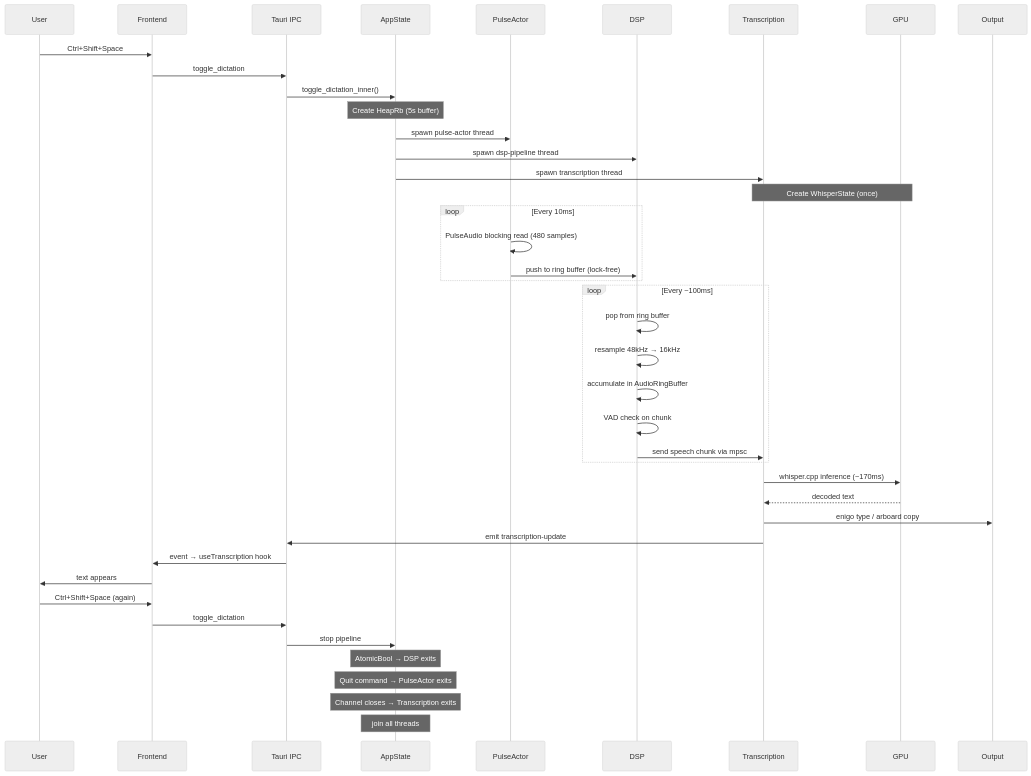
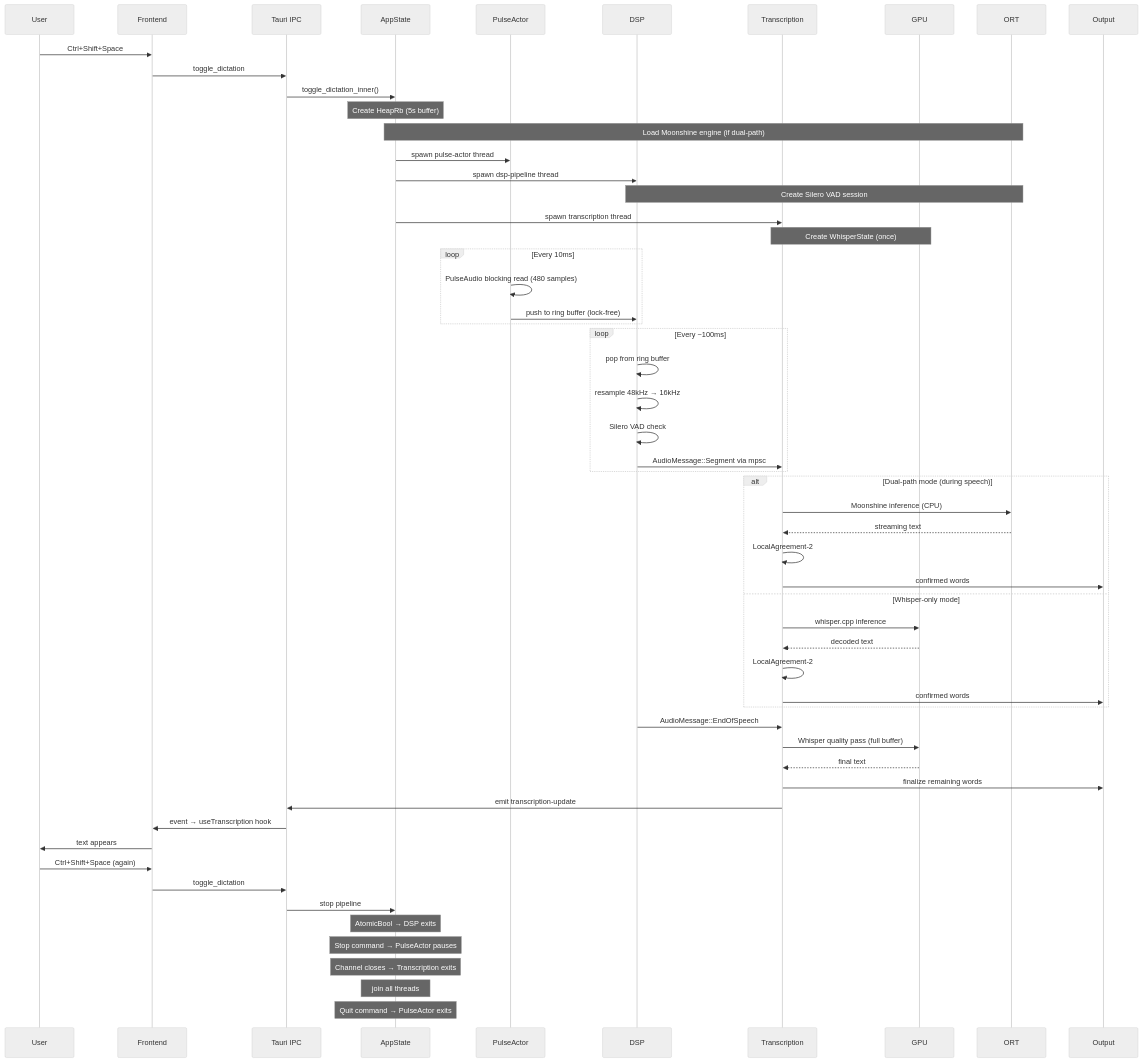
One commit to ponderrr/local-stt changed the third of 3 diagrams in ARCHITECTURE.md. Above: the diagram before and after it, drawn with Mermaid (neutral theme). The commit also changed other lines of this file and 18 other files, not shown here.

First line of the commit message:
chore(release): v0.3.0 — dual-path Moonshine + Whisper transcription

````diff
--- a/ARCHITECTURE.md
+++ b/ARCHITECTURE.md
@@ -168,52 +206,68 @@
 ```mermaid
 sequenceDiagram
     participant User
     participant Frontend
     participant Tauri IPC
     participant AppState
     participant PulseActor
     participant DSP
     participant Transcription
     participant GPU
+    participant ORT
     participant Output
 
     User->>Frontend: Ctrl+Shift+Space
     Frontend->>Tauri IPC: toggle_dictation
     Tauri IPC->>AppState: toggle_dictation_inner()
 
     Note over AppState: Create HeapRb (5s buffer)
+    Note over AppState,ORT: Load Moonshine engine (if dual-path)
     AppState->>PulseActor: spawn pulse-actor thread
     AppState->>DSP: spawn dsp-pipeline thread
+    Note over DSP,ORT: Create Silero VAD session
     AppState->>Transcription: spawn transcription thread
 
     Note over Transcription,GPU: Create WhisperState (once)
 
     loop Every 10ms
         PulseActor->>PulseActor: PulseAudio blocking read (480 samples)
         PulseActor->>DSP: push to ring buffer (lock-free)
     end
 
     loop Every ~100ms
         DSP->>DSP: pop from ring buffer
         DSP->>DSP: resample 48kHz → 16kHz
-        DSP->>DSP: accumulate in AudioRingBuffer
-        DSP->>DSP: VAD check on chunk
-        DSP->>Transcription: send speech chunk via mpsc
+        DSP->>DSP: Silero VAD check
+        DSP->>Transcription: AudioMessage::Segment via mpsc
     end
 
-    Transcription->>GPU: whisper.cpp inference (~170ms)
-    GPU-->>Transcription: decoded text
-    Transcription->>Output: enigo type / arboard copy
+    alt Dual-path mode (during speech)
+        Transcription->>ORT: Moonshine inference (CPU)
+        ORT-->>Transcription: streaming text
+        Transcription->>Transcription: LocalAgreement-2
+        Transcription->>Output: confirmed words
+    else Whisper-only mode
+        Transcription->>GPU: whisper.cpp inference
+        GPU-->>Transcription: decoded text
+        Transcription->>Transcription: LocalAgreement-2
+        Transcription->>Output: confirmed words
+    end
+
+    DSP->>Transcription: AudioMessage::EndOfSpeech
+    Transcription->>GPU: Whisper quality pass (full buffer)
+    GPU-->>Transcription: final text
+    Transcription->>Output: finalize remaining words
     Transcription->>Tauri IPC: emit transcription-update
     Tauri IPC->>Frontend: event → useTranscription hook
     Frontend->>User: text appears
 
     User->>Frontend: Ctrl+Shift+Space (again)
     Frontend->>Tauri IPC: toggle_dictation
     Tauri IPC->>AppState: stop pipeline
 
     Note over AppState: AtomicBool → DSP exits
-    Note over AppState: Quit command → PulseActor exits
+    Note over AppState: Stop command → PulseActor pauses
     Note over AppState: Channel closes → Transcription exits
     Note over AppState: join all threads
+    Note over AppState: Quit command → PulseActor exits
 ```
````
